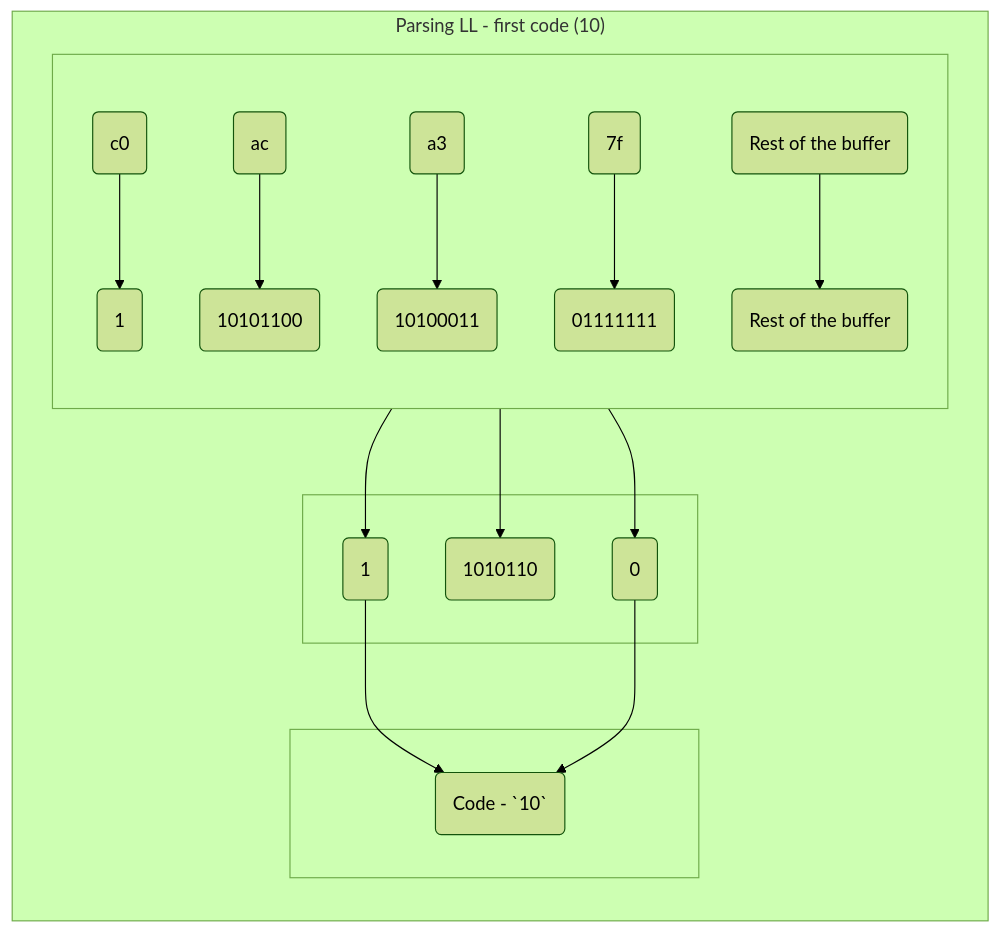
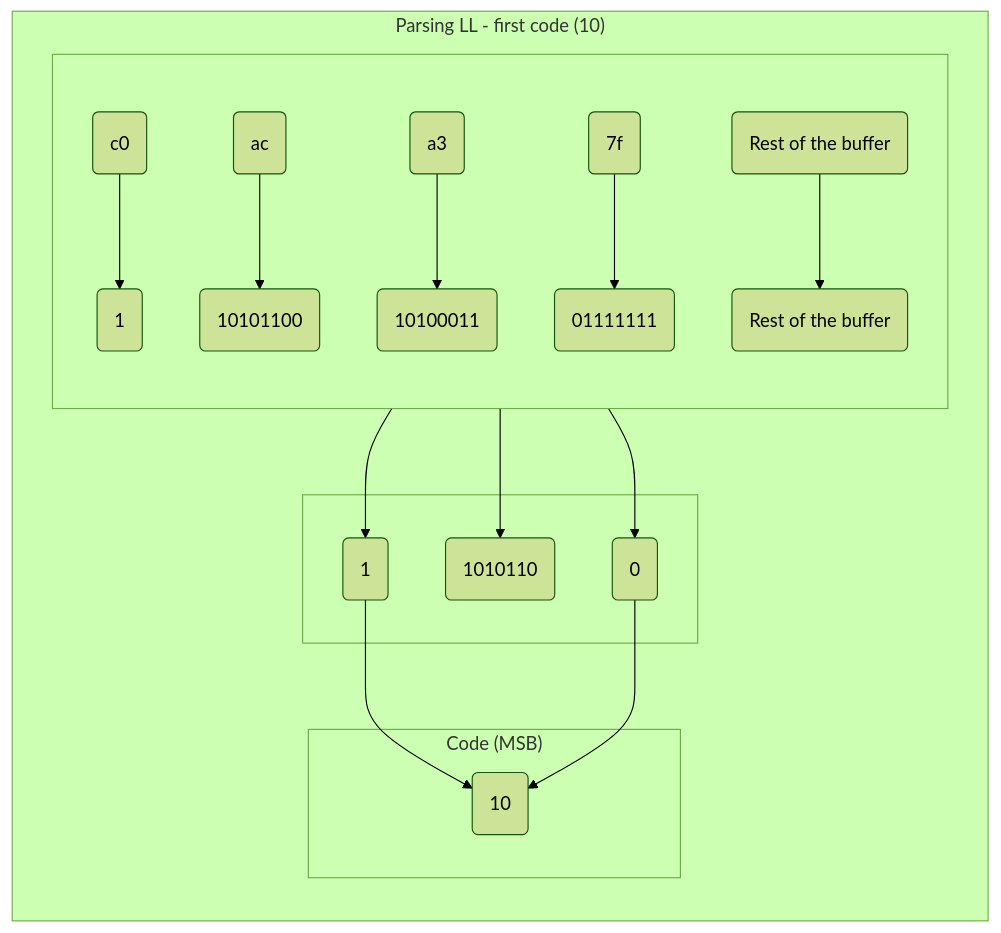
Diagram 14 of 20 in articles/deflate-stream-parser.md (marsp0/marsp0.github.io), drawn with Mermaid before and after one commit. The commit also changed other lines of this file, not shown here.

````diff
--- a/articles/deflate-stream-parser.md
+++ b/articles/deflate-stream-parser.md
@@ -860,42 +860,42 @@
 ```mermaid
 %%{init: { 'theme':'forest' } }%%
 graph
     subgraph "Parsing LL - first code (10)"
         direction TB
         subgraph " "
             direction TB
             I(c0)
             J(ac)
             K(a3)
             L(7f)
             M("Rest of the buffer")
             IBF(1)
             JBF(10101100)
             KBF(10100011)
             LBF(01111111)
             MBF("Rest of the buffer")
         end
         subgraph " "
             IB(1)
             JB(1010110)
             JBB(0)
         end
-        subgraph " "
-            CA(Code - `10`)
+        subgraph "Code (MSB)"
+            CA(10)
         end
 
         I --> IBF
         J --> JBF
         K --> KBF
         L --> LBF
         M --> MBF
 
         IBF --> IB
         JBF --> JB
         JBF --> JBB
 
         IB --> CA
         JBB --> CA
 
     end
 ```
````
